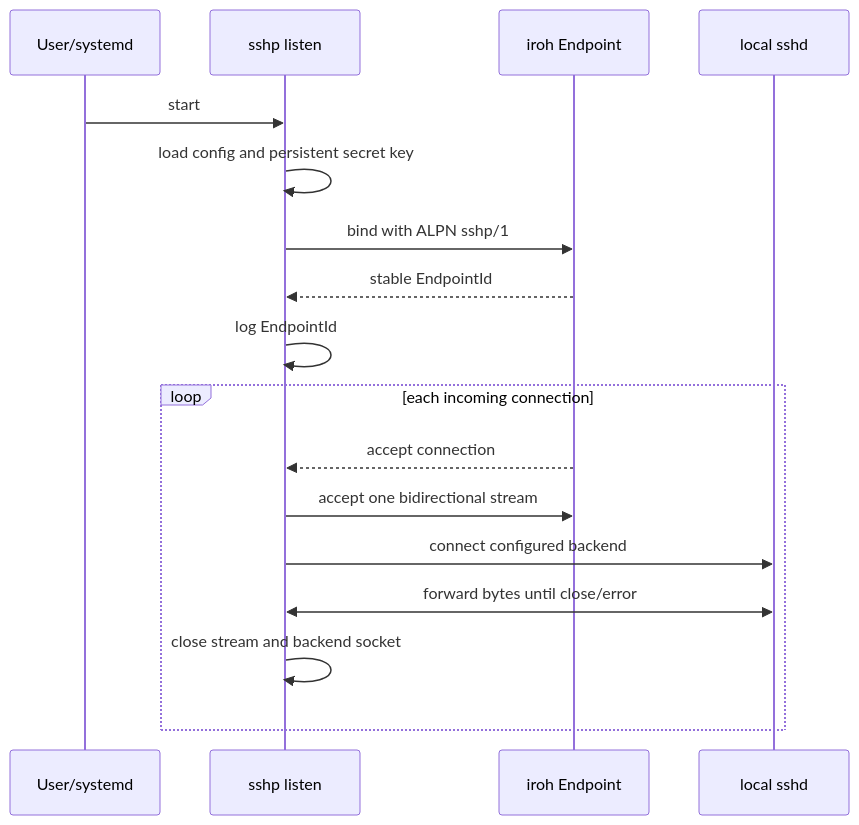
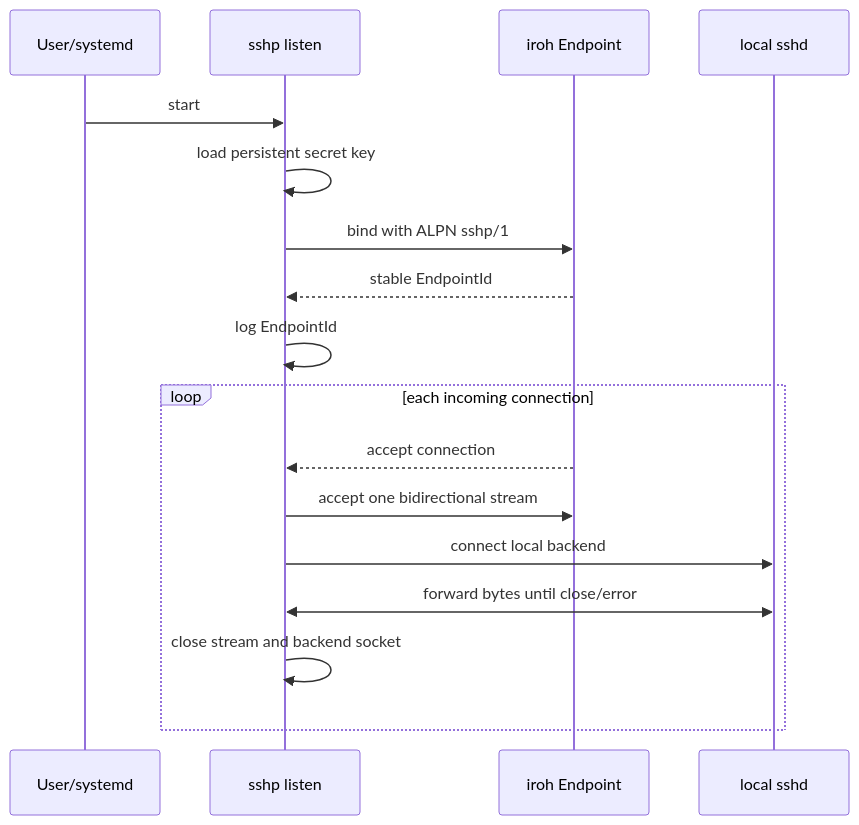
One commit to giangndm/p2p-ssh-workspaces changed the first of 2 diagrams in docs/flows.md. Above: the diagram before and after it, drawn with Mermaid. The commit also changed other lines of this file and 34 other files, not shown here.

````diff
--- a/docs/flows.md
+++ b/docs/flows.md
@@ -8,20 +8,20 @@
 ```mermaid
 sequenceDiagram
     participant U as User/systemd
     participant L as sshp listen
     participant I as iroh Endpoint
     participant S as local sshd
 
     U->>L: start
-    L->>L: load config and persistent secret key
+    L->>L: load persistent secret key
     L->>I: bind with ALPN sshp/1
     I-->>L: stable EndpointId
     L->>L: log EndpointId
     loop each incoming connection
         I-->>L: accept connection
         L->>I: accept one bidirectional stream
-        L->>S: connect configured backend
+        L->>S: connect local backend
         L<<->>S: forward bytes until close/error
         L->>L: close stream and backend socket
     end
 ```
````
